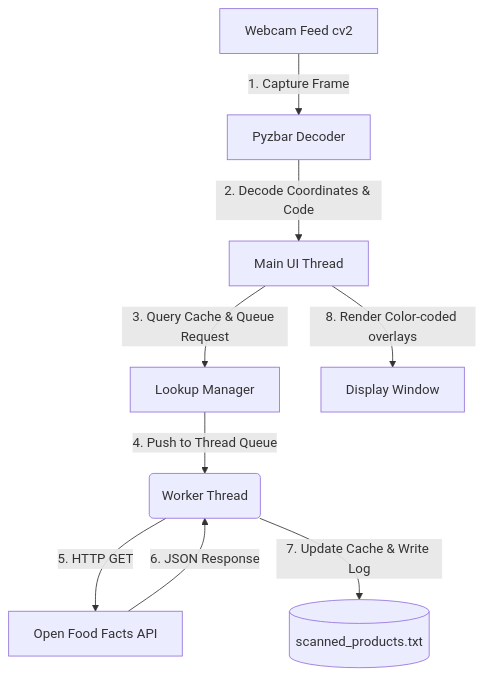
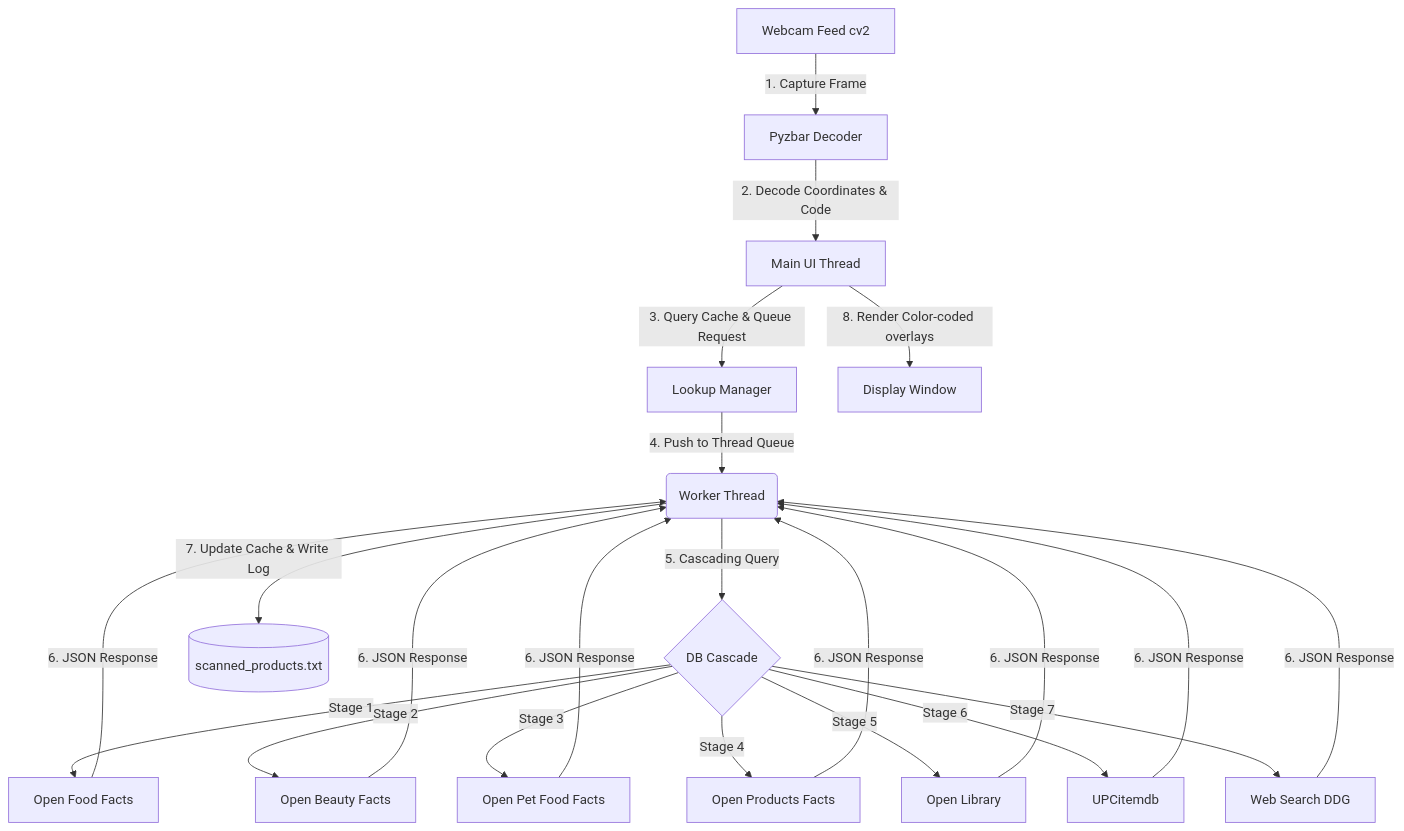
The diagram in README.md (ANISHYADAV19/Barcode-Scanner-Food-Tracker), drawn with Mermaid before and after one commit. The commit also changed other lines of this file and 3 other files, not shown here.

Commit message:
Initial commit - Smart Webcam Barcode & QR Reader with 7-Stage Cascade

````diff
--- a/README.md
+++ b/README.md
@@ -24,11 +31,18 @@
 ```mermaid
 graph TD
     A[Webcam Feed cv2] -->|1. Capture Frame| B[Pyzbar Decoder]
     B -->|2. Decode Coordinates & Code| C[Main UI Thread]
     C -->|3. Query Cache & Queue Request| D[Lookup Manager]
     D -->|4. Push to Thread Queue| E(Worker Thread)
-    E -->|5. HTTP GET| F[Open Food Facts API]
-    F -->|6. JSON Response| E
-    E -->|7. Update Cache & Write Log| G[(scanned_products.txt)]
-    C -->|8. Render Color-coded overlays| H[Display Window]
+    E -->|5. Cascading Query| F{DB Cascade}
+    F -->|Stage 1| G[Open Food Facts]
+    F -->|Stage 2| H[Open Beauty Facts]
+    F -->|Stage 3| I[Open Pet Food Facts]
+    F -->|Stage 4| J[Open Products Facts]
+    F -->|Stage 5| K[Open Library]
+    F -->|Stage 6| L[UPCitemdb]
+    F -->|Stage 7| M[Web Search DDG]
+    G & H & I & J & K & L & M -->|6. JSON Response| E
+    E -->|7. Update Cache & Write Log| N[(scanned_products.txt)]
+    C -->|8. Render Color-coded overlays| O[Display Window]
 ```
````
